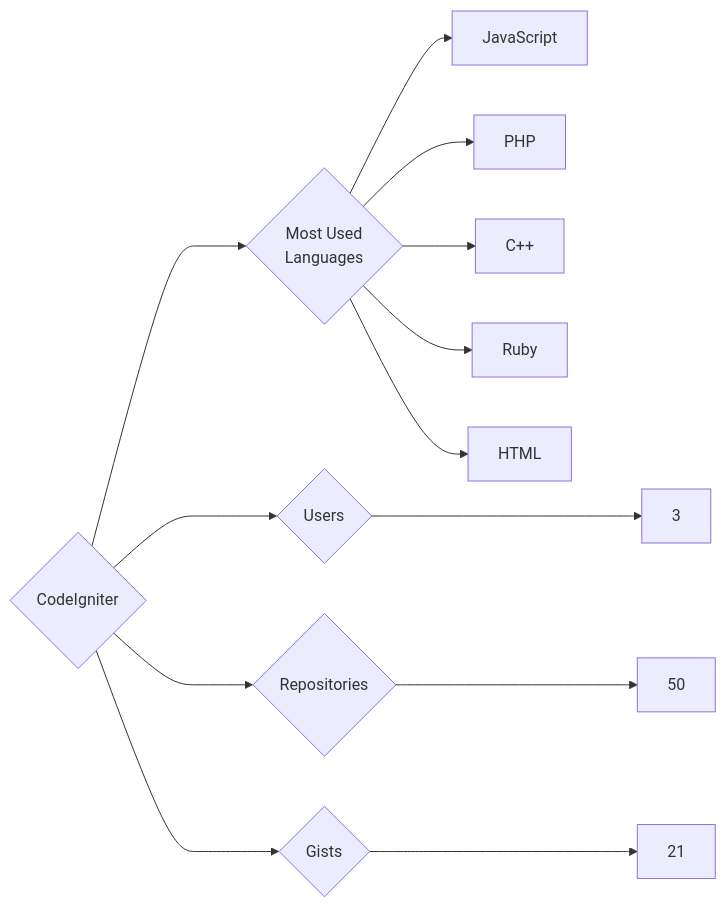
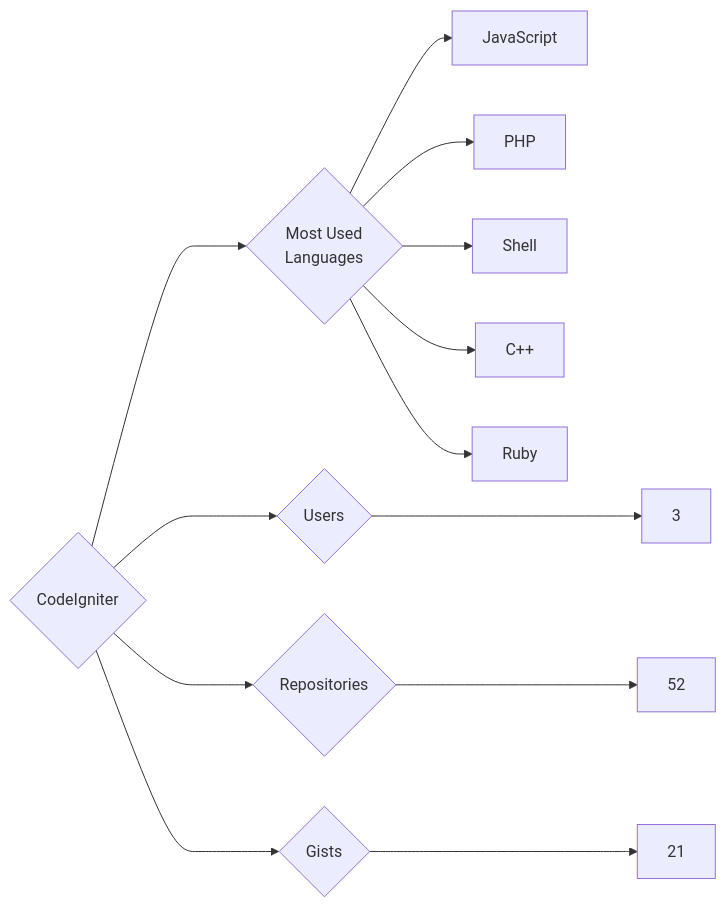
One commit to trickest/insiders changed the diagram in targets/CodeIgniter/README.md. Above: the diagram before and after it, drawn with Mermaid. The commit also changed 782 other files, not shown here.

````diff
--- a/targets/CodeIgniter/README.md
+++ b/targets/CodeIgniter/README.md
@@ -3,13 +3,13 @@
 ```mermaid
 graph LR
 COMPANY_NAME{CodeIgniter}
 COMPANY_NAME ---> U{Users} ---> UN[3]
-COMPANY_NAME ---> R{Repositories} ---> RN[50]
+COMPANY_NAME ---> R{Repositories} ---> RN[52]
 COMPANY_NAME ---> G{Gists} ---> GN[21]
 COMPANY_NAME ---> ML{Most Used<br>Languages}
 ML --> JavaScript[JavaScript]
 ML --> PHP[PHP]
+ML --> Shell[Shell]
 ML --> C++[C++]
 ML --> Ruby[Ruby]
-ML --> HTML[HTML]
 ```
````
